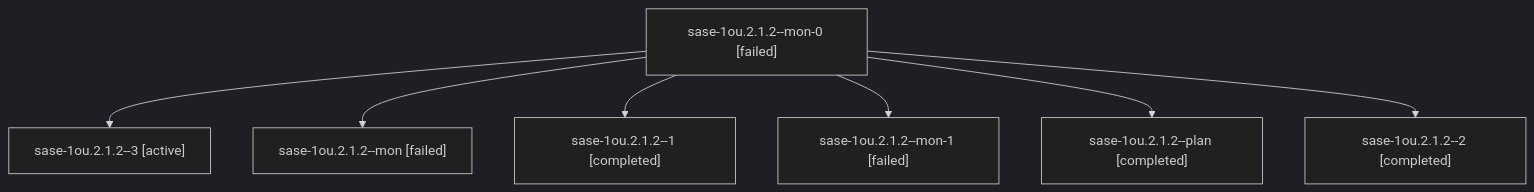
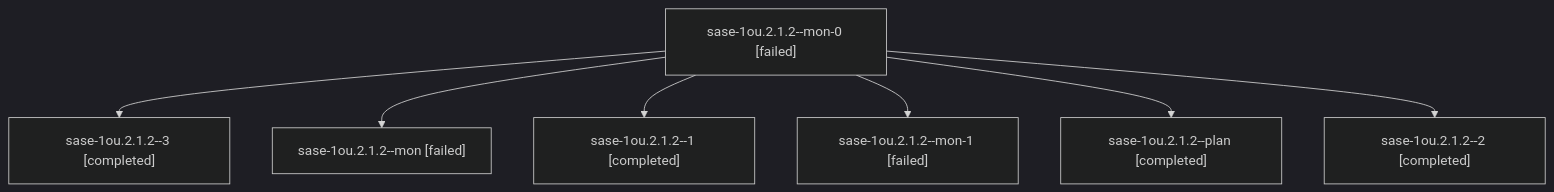
Before and after one commit to sase-org/sase--agents: the diagram in sessions/bbugyi200.athena.sase-1ou.2.1.2.md, drawn with Mermaid (dark theme). The commit also changed other lines of this file and 73 other files, not shown here.

````diff
--- a/sessions/bbugyi200.athena.sase-1ou.2.1.2.md
+++ b/sessions/bbugyi200.athena.sase-1ou.2.1.2.md
@@ -9,16 +9,16 @@
 ```mermaid
 flowchart TD
   n0["sase-1ou.2.1.2--mon-0 [failed]"]
-  n1["sase-1ou.2.1.2--3 [active]"]
+  n1["sase-1ou.2.1.2--3 [completed]"]
   n0 --> n1
   n2["sase-1ou.2.1.2--mon [failed]"]
   n0 --> n2
   n3["sase-1ou.2.1.2--1 [completed]"]
   n0 --> n3
   n4["sase-1ou.2.1.2--mon-1 [failed]"]
   n0 --> n4
   n5["sase-1ou.2.1.2--plan [completed]"]
   n0 --> n5
   n6["sase-1ou.2.1.2--2 [completed]"]
   n0 --> n6
 ```
````
